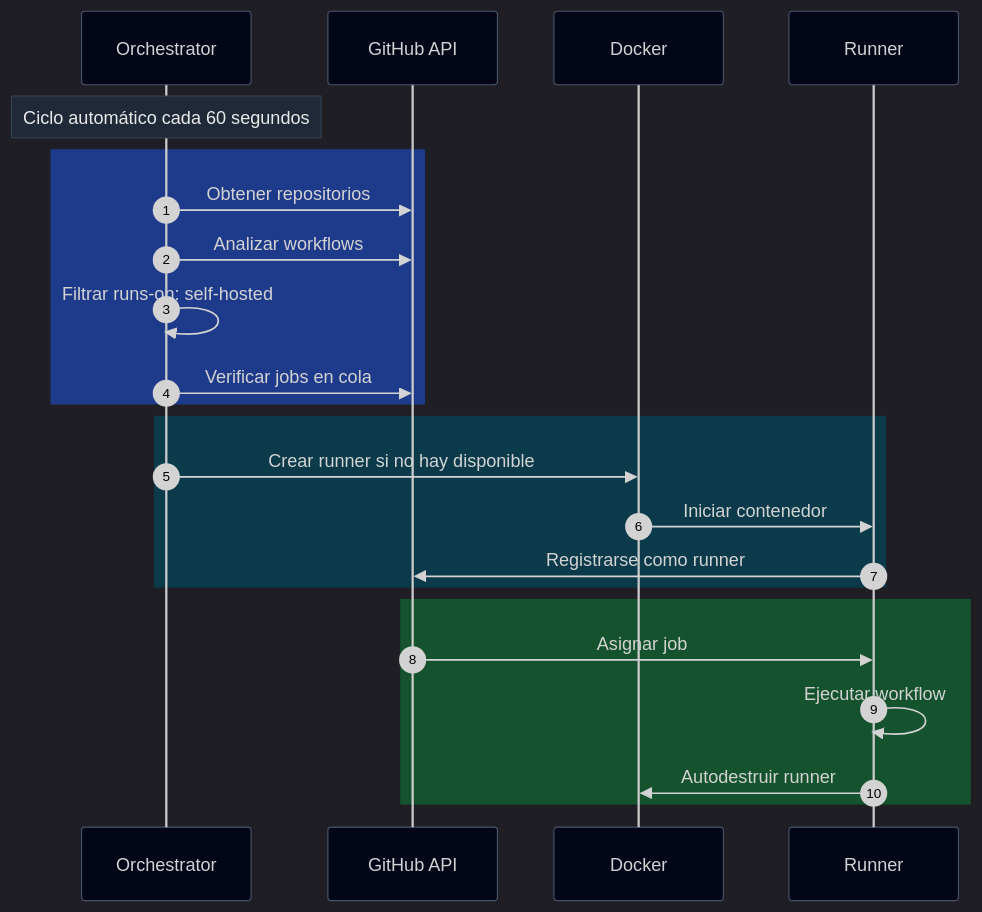
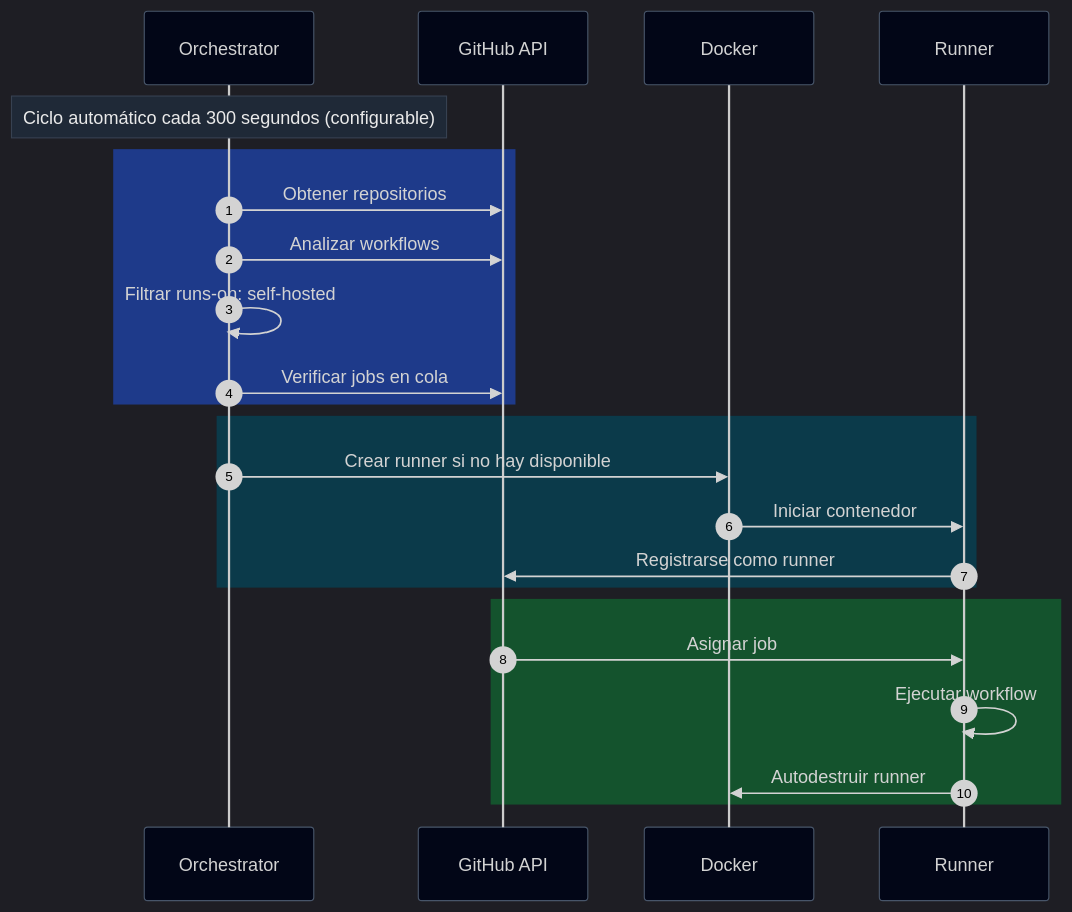
The second of 2 diagrams in README.md (eliaspizarro/gha-ephemeral-runners), drawn with Mermaid before and after one commit. The commit also changed other lines of this file, not shown here.

````diff
--- a/README.md
+++ b/README.md
@@ -310,45 +381,45 @@
 ```mermaid
 %%{init: {
   "theme": "dark",
   "themeVariables": {
     "fontFamily": "Inter, Segoe UI, Arial",
     "fontSize": "14px",
     "primaryTextColor": "#EAEAEA",
     "lineColor": "#9CA3AF",
     "noteTextColor": "#EAEAEA",
     "noteBkgColor": "#1F2937",
     "noteBorderColor": "#374151",
     "actorBkg": "#020617",
     "actorBorder": "#475569"
   }
 }}%%
 
 sequenceDiagram
     autonumber
 
     participant ORQ as Orchestrator
     participant GH as GitHub API
     participant DOCKER as Docker
     participant RUN as Runner
 
-    Note over ORQ: Ciclo automático cada 60 segundos
+    Note over ORQ: Ciclo automático cada 300 segundos (configurable)
 
     rect rgb(30,58,138)
         ORQ->>GH: Obtener repositorios
         ORQ->>GH: Analizar workflows
         ORQ->>ORQ: Filtrar runs-on: self-hosted
         ORQ->>GH: Verificar jobs en cola
     end
 
     rect rgb(11,58,74)
         ORQ->>DOCKER: Crear runner si no hay disponible
         DOCKER->>RUN: Iniciar contenedor
         RUN->>GH: Registrarse como runner
     end
 
     rect rgb(20,83,45)
         GH->>RUN: Asignar job
         RUN->>RUN: Ejecutar workflow
         RUN->>DOCKER: Autodestruir runner
     end
 ```
````
